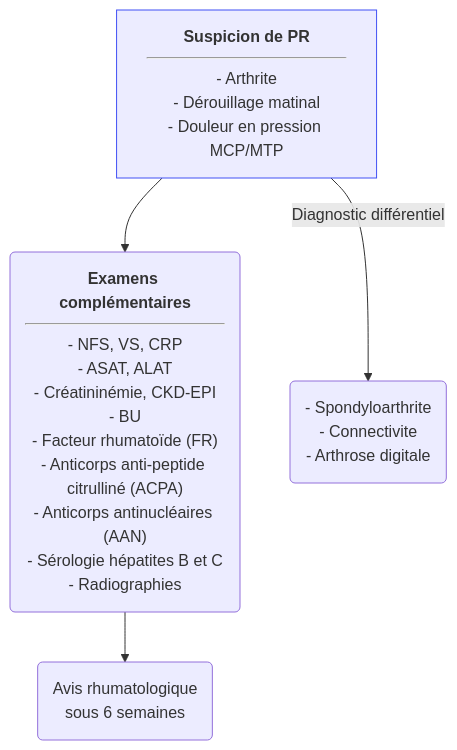
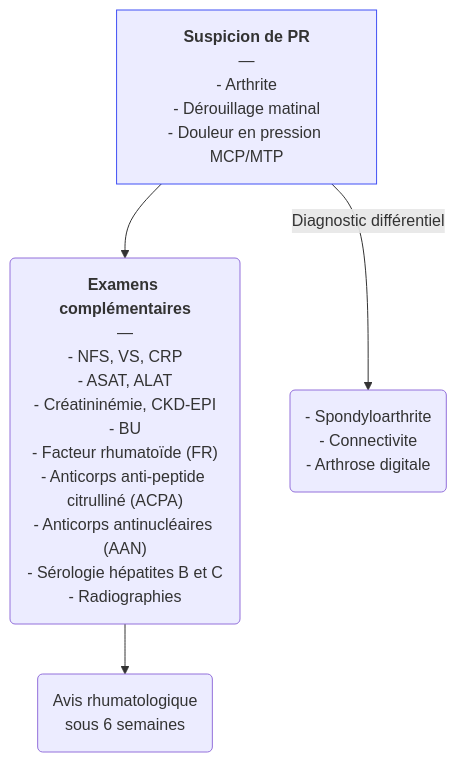
The diagram in content/recommandations/polyarthrite-rhumatoide.md (djibe/recommandations-medicales), drawn with Mermaid before and after one commit. The commit also changed 51 other files, not shown here.

```diff
--- a/content/recommandations/polyarthrite-rhumatoide.md
+++ b/content/recommandations/polyarthrite-rhumatoide.md
@@ -295,8 +295,8 @@
 {{< mermaid title="Conduite à tenir pour le diagnostic de la polyarthrite rhumatoïde. Dr JB Fron d'après SFRhumato 2018" >}}
 graph TB
-  suspicion["<b>Suspicion de PR</b><hr>- Arthrite<br>- Dérouillage matinal<br>- Douleur en pression MCP/MTP"]
+  suspicion["<b>Suspicion de PR</b><br>—<br>- Arthrite<br>- Dérouillage matinal<br>- Douleur en pression MCP/MTP"]
   style suspicion stroke:#4150f5, stroke-width:1px
-    suspicion --> bilan("<b>Examens complémentaires</b><hr>- NFS, VS, CRP<br>- ASAT, ALAT<br>- Créatininémie, CKD-EPI<br>- BU<br>- Facteur rhumatoïde (FR)<br>- Anticorps anti-peptide citrulliné (ACPA)<br>- Anticorps antinucléaires (AAN)<br>- Sérologie hépatites B et C<br>- Radiographies")
+    suspicion --> bilan("<b>Examens complémentaires</b><br>—<br>- NFS, VS, CRP<br>- ASAT, ALAT<br>- Créatininémie, CKD-EPI<br>- BU<br>- Facteur rhumatoïde (FR)<br>- Anticorps anti-peptide citrulliné (ACPA)<br>- Anticorps antinucléaires (AAN)<br>- Sérologie hépatites B et C<br>- Radiographies")
       bilan --> rhumato("Avis rhumatologique<br>sous 6 semaines")
     suspicion -- Diagnostic différentiel --> differentiel("- Spondyloarthrite<br>- Connectivite<br>- Arthrose digitale")
 {{< /mermaid >}}
```
